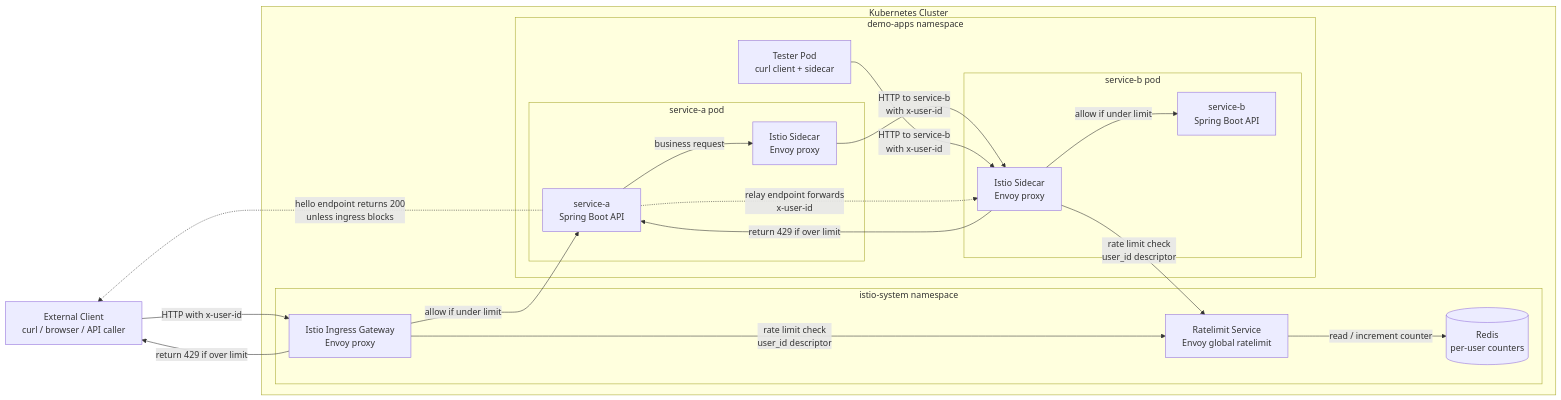
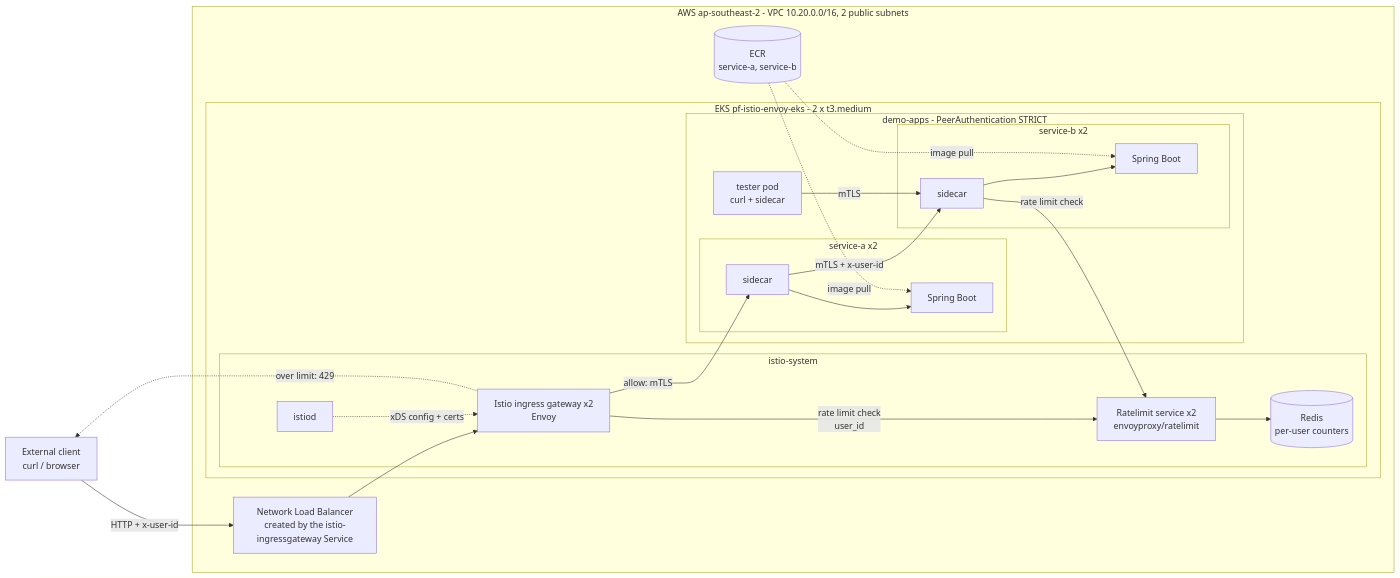
The diagram in diagrams/cluster-data-flow.mmd (mabdullah679/istio-envoy), drawn with Mermaid before and after one commit. The commit also changed other lines of this file and 5 other files, not shown here.

Commit message:
Use Classic ELB: this account rejects elbv2 CreateLoadBalancer (NLB/ALB)

```diff
--- a/diagrams/cluster-data-flow.mmd
+++ b/diagrams/cluster-data-flow.mmd
@@ -1,41 +1,40 @@
 flowchart LR
-    user[External Client\ncurl / browser / API caller]
+    user[External client<br/>curl / browser]
 
-    subgraph kind["Kubernetes Cluster"]
-        subgraph istioSystem["istio-system namespace"]
-            ingress[Istio Ingress Gateway\nEnvoy proxy]
-            ratelimit[Ratelimit Service\nEnvoy global ratelimit]
-            redis[(Redis\nper-user counters)]
-        end
+    subgraph aws["AWS ap-southeast-2 - VPC 10.20.0.0/16, 2 public subnets"]
+        nlb[Network Load Balancer<br/>created by the istio-ingressgateway Service]
 
-        subgraph demoApps["demo-apps namespace"]
-            tester[Tester Pod\ncurl client + sidecar]
-
-            subgraph serviceAWorkload["service-a pod"]
-                serviceASidecar[Istio Sidecar\nEnvoy proxy]
-                serviceA[service-a\nSpring Boot API]
+        subgraph eks["EKS pf-istio-envoy-eks - 2 x t3.medium"]
+            subgraph istioSystem["istio-system"]
+                ingress[Istio ingress gateway x2<br/>Envoy]
+                istiod[istiod]
+                ratelimit[Ratelimit service x2<br/>envoyproxy/ratelimit]
+                redis[(Redis<br/>per-user counters)]
             end
 
-            subgraph serviceBWorkload["service-b pod"]
-                serviceBSidecar[Istio Sidecar\nEnvoy proxy]
-                serviceB[service-b\nSpring Boot API]
+            subgraph demoApps["demo-apps - PeerAuthentication STRICT"]
+                tester[tester pod<br/>curl + sidecar]
+                subgraph podA["service-a x2"]
+                    sidecarA[sidecar]
+                    serviceA[Spring Boot]
+                end
+                subgraph podB["service-b x2"]
+                    sidecarB[sidecar]
+                    serviceB[Spring Boot]
+                end
             end
         end
+        ecr[(ECR<br/>service-a, service-b)]
     end
 
-    user -->|HTTP with x-user-id| ingress
-    ingress -->|rate limit check\nuser_id descriptor| ratelimit
-    ratelimit -->|read / increment counter| redis
-    ingress -->|allow if under limit| serviceA
-    ingress -->|return 429 if over limit| user
-
-    serviceA -->|business request| serviceASidecar
-    serviceASidecar -->|HTTP to service-b\nwith x-user-id| serviceBSidecar
-    serviceBSidecar -->|rate limit check\nuser_id descriptor| ratelimit
-    serviceBSidecar -->|allow if under limit| serviceB
-    serviceBSidecar -->|return 429 if over limit| serviceA
-
-    tester -->|HTTP to service-b\nwith x-user-id| serviceBSidecar
-
-    serviceA -.->|relay endpoint forwards\nx-user-id| serviceBSidecar
-    serviceA -.->|hello endpoint returns 200\nunless ingress blocks| user
+    user -->|HTTP + x-user-id| nlb --> ingress
+    ingress -->|rate limit check<br/>user_id| ratelimit --> redis
+    ingress -->|allow: mTLS| sidecarA --> serviceA
+    ingress -.->|over limit: 429| user
+    sidecarA -->|mTLS + x-user-id| sidecarB
+    sidecarB -->|rate limit check| ratelimit
+    sidecarB --> serviceB
+    tester -->|mTLS| sidecarB
+    istiod -.->|xDS config + certs| ingress
+    ecr -.->|image pull| serviceA
+    ecr -.->|image pull| serviceB
```
